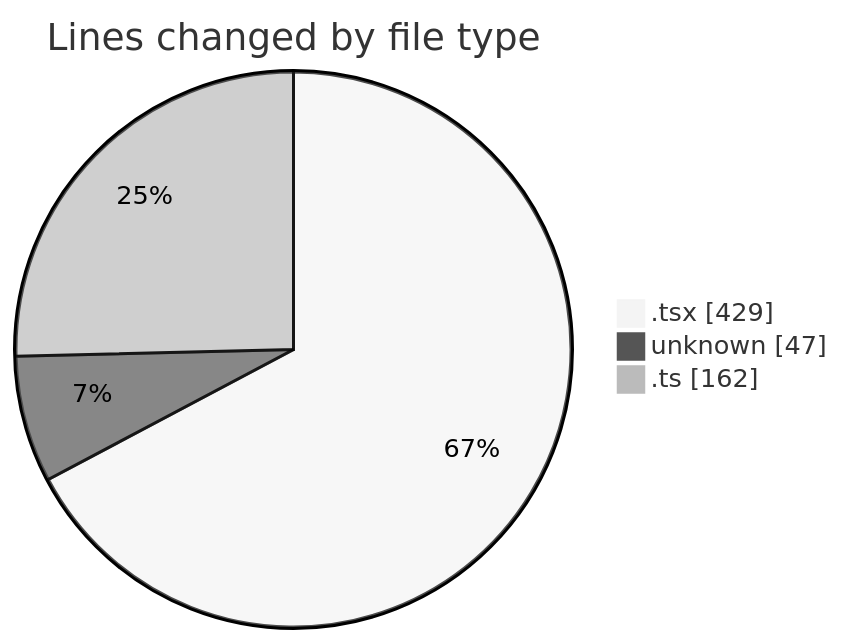
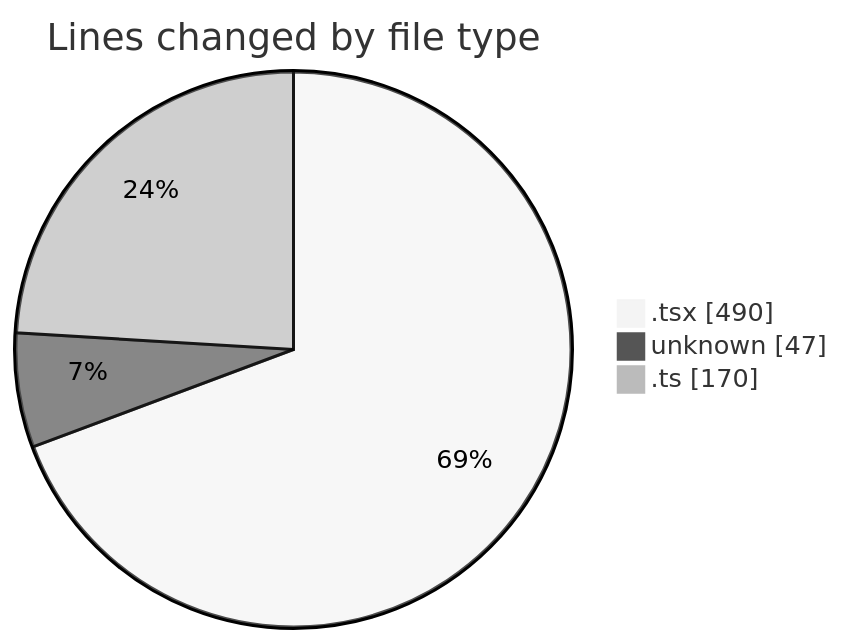
One commit to momahboobian/code-tracking changed the first of 2 diagrams in 2025-09-18/cda/README.md. Above: the diagram before and after it, drawn with Mermaid (neutral theme). The commit also changed other lines of this file and 1 other file, not shown here.

````diff
--- a/2025-09-18/cda/README.md
+++ b/2025-09-18/cda/README.md
@@ -24,7 +24,7 @@
 ```mermaid
 pie showData
 title Lines changed by file type
-".tsx" : 429
+".tsx" : 490
 "unknown" : 47
-".ts" : 162
+".ts" : 170
 ```
````
